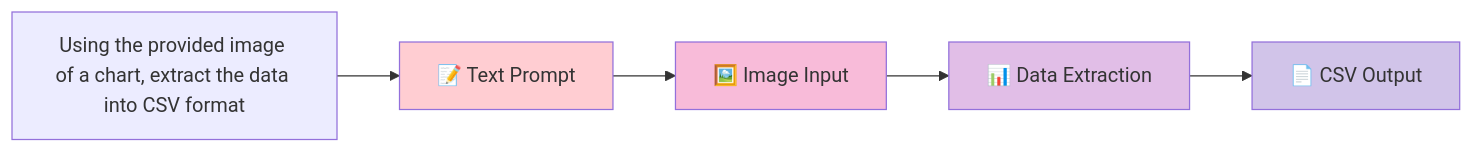
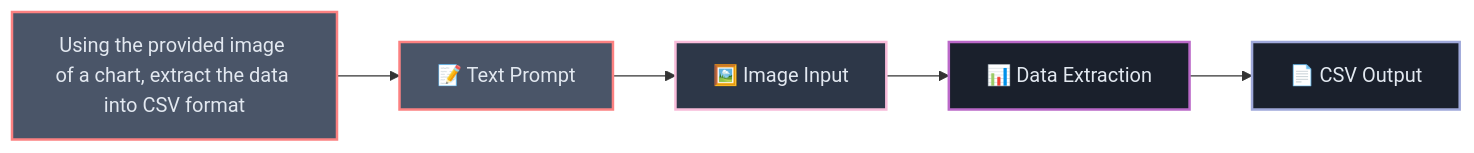
The fifth of 7 diagrams in Part_I_Section_3_Model-Specific_Blueprints_and_Advanced_Techniques.md (josemlopez/prompt_tutorial), drawn with Mermaid before and after one commit. The commit also changed other lines of this file and 7 other files, not shown here.

````diff
--- a/Part_I_Section_3_Model-Specific_Blueprints_and_Advanced_Techniques.md
+++ b/Part_I_Section_3_Model-Specific_Blueprints_and_Advanced_Techniques.md
@@ -291,13 +298,14 @@
 ```mermaid
 graph LR
-    A[📝 Text Prompt] --> B[🖼️ Image Input]
-    B --> C[📊 Data Extraction]
-    C --> D[📄 CSV Output]
-    
-    A1["Using the provided image of a chart, extract the data into CSV format"] --> A
-    
-    style A fill:#ffcdd2
-    style B fill:#f8bbd9
-    style C fill:#e1bee7
-    style D fill:#d1c4e9
+   A[📝 Text Prompt] --> B[🖼️ Image Input]
+   B --> C[📊 Data Extraction]
+   C --> D[📄 CSV Output]
+   
+   A1["Using the provided image of a chart, extract the data into CSV format"] --> A
+   
+   style A fill:#4a5568,stroke:#fc8181,stroke-width:2px,color:#e2e8f0
+   style B fill:#2d3748,stroke:#f8bbd9,stroke-width:2px,color:#e2e8f0
+   style C fill:#1a202c,stroke:#ba68c8,stroke-width:2px,color:#e2e8f0
+   style D fill:#1a202c,stroke:#9fa8da,stroke-width:2px,color:#e2e8f0
+   style A1 fill:#4a5568,stroke:#fc8181,stroke-width:2px,color:#e2e8f0
 ```
````
